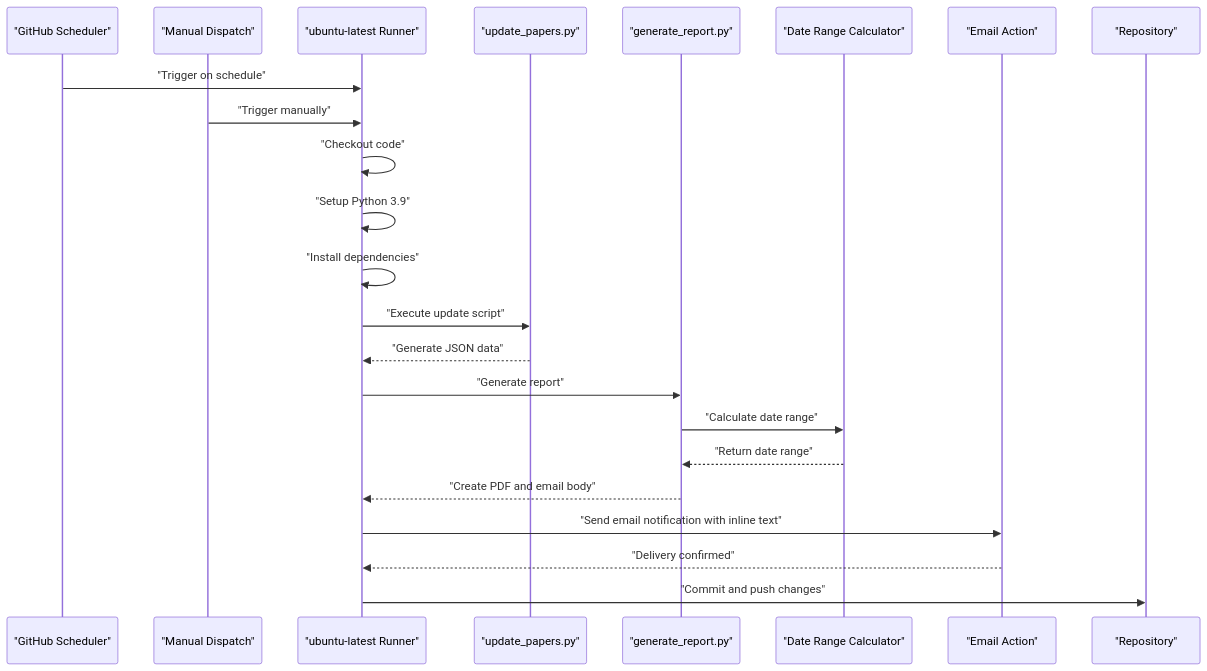
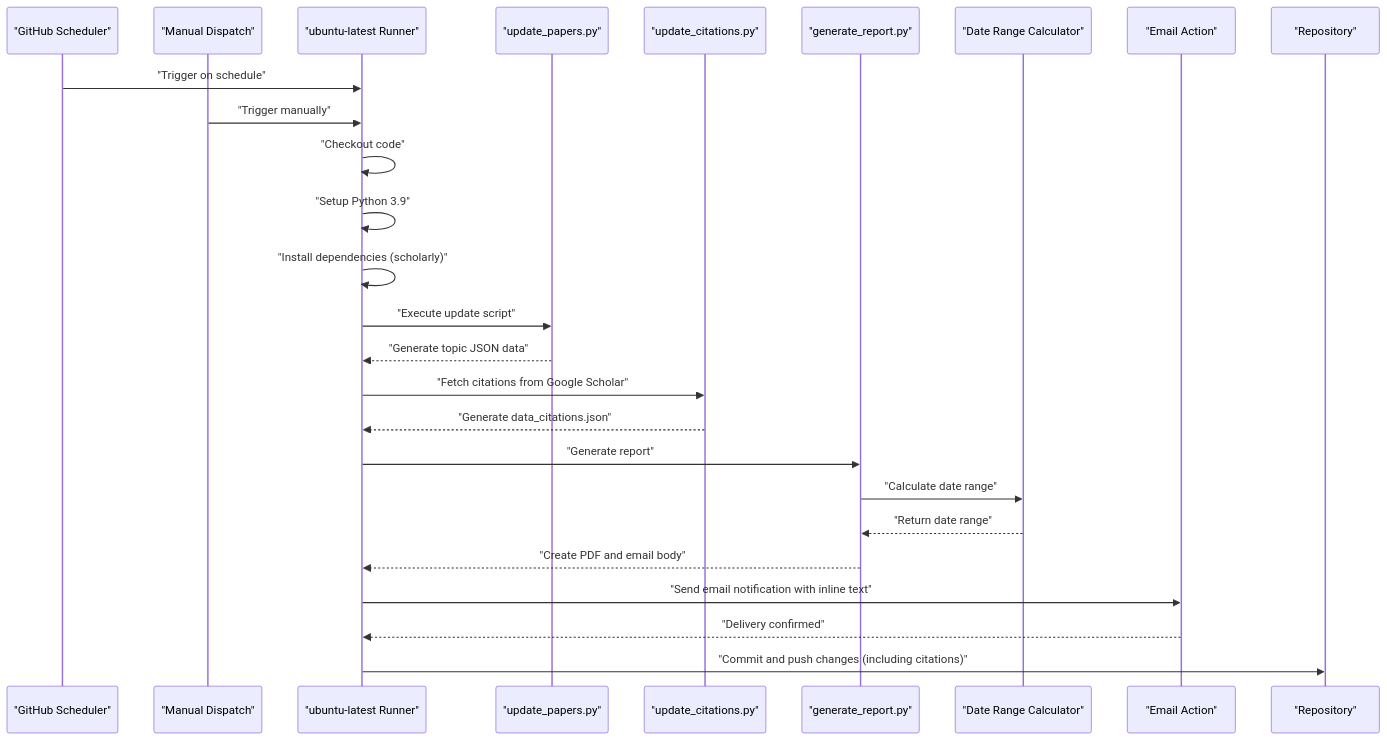
The second of 11 diagrams in .qoder/repowiki/en/content/Configuration Guide/GitHub Actions Workflow.md (junxie01/paper_weekly), drawn with Mermaid before and after one commit. The commit also changed other lines of this file and 5 other files, not shown here.

````diff
--- a/.qoder/repowiki/en/content/Configuration Guide/GitHub Actions Workflow.md
+++ b/.qoder/repowiki/en/content/Configuration Guide/GitHub Actions Workflow.md
@@ -90,25 +96,28 @@
 ```mermaid
 sequenceDiagram
 participant Scheduler as "GitHub Scheduler"
 participant Dispatch as "Manual Dispatch"
 participant Runner as "ubuntu-latest Runner"
 participant Script as "update_papers.py"
+participant Citations as "update_citations.py"
 participant Report as "generate_report.py"
 participant DateRange as "Date Range Calculator"
 participant Mail as "Email Action"
 participant Repo as "Repository"
 Scheduler->>Runner : "Trigger on schedule"
 Dispatch->>Runner : "Trigger manually"
 Runner->>Runner : "Checkout code"
 Runner->>Runner : "Setup Python 3.9"
-Runner->>Runner : "Install dependencies"
+Runner->>Runner : "Install dependencies (scholarly)"
 Runner->>Script : "Execute update script"
-Script-->>Runner : "Generate JSON data"
+Script-->>Runner : "Generate topic JSON data"
+Runner->>Citations : "Fetch citations from Google Scholar"
+Citations-->>Runner : "Generate data_citations.json"
 Runner->>Report : "Generate report"
 Report->>DateRange : "Calculate date range"
 DateRange-->>Report : "Return date range"
 Report-->>Runner : "Create PDF and email body"
 Runner->>Mail : "Send email notification with inline text"
 Mail-->>Runner : "Delivery confirmed"
-Runner->>Repo : "Commit and push changes"
+Runner->>Repo : "Commit and push changes (including citations)"
 ```
````
